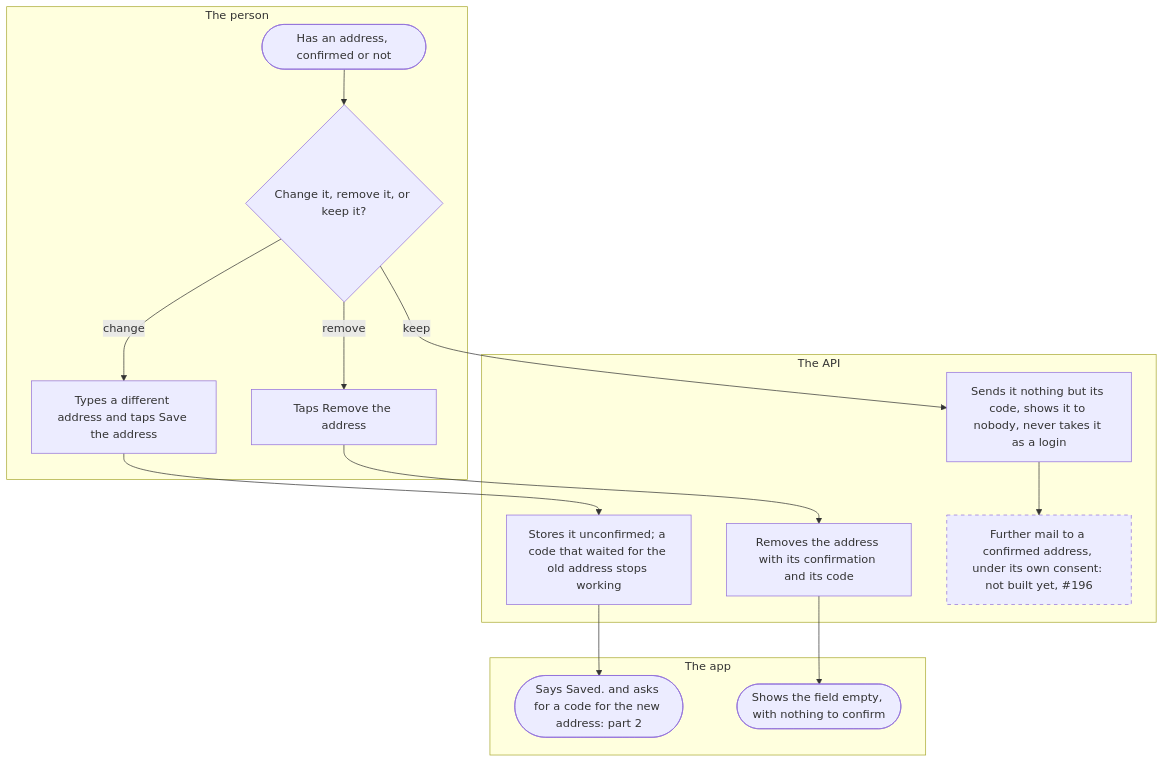
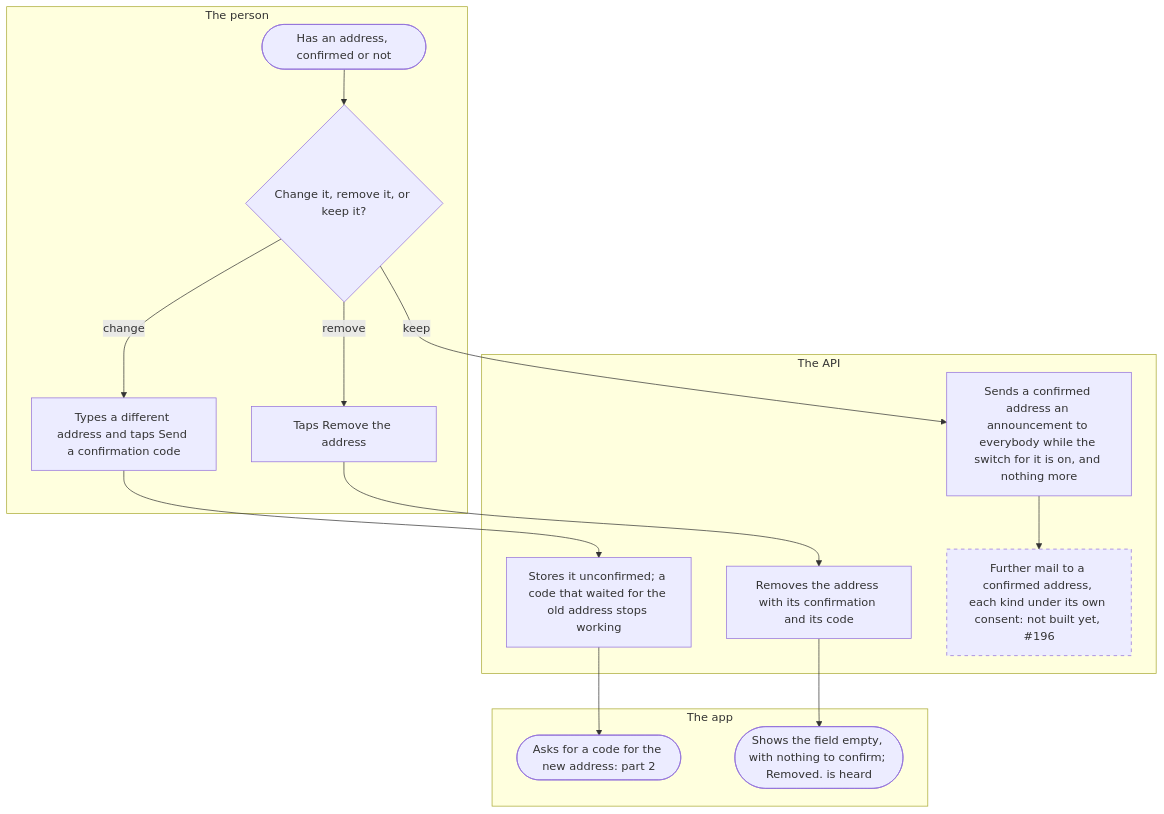
One commit to kuutti-ry/kuutti-app changed the third of 3 diagrams in docs/flows/email.md. Above: the diagram before and after it, drawn with Mermaid. The commit also changed other lines of this file and 41 other files, not shown here.

First line of the commit message:
Redraw the user flows against today's main, held by check:docs

````diff
--- a/docs/flows/email.md
+++ b/docs/flows/email.md
@@ -97,26 +121,31 @@
 ```mermaid
 flowchart TB
   accTitle: Changing or removing the address
-  accDescr: A changed address is stored unconfirmed and gets its own code. A removed one goes with its confirmation and its code. Kept, the address is sent nothing but its code. Other mail to a confirmed address is not built yet.
+  accDescr: A changed address is stored unconfirmed and gets its own code. A removed one goes with its confirmation and its code. Kept, an unconfirmed address is sent nothing but its code, and a confirmed one also an announcement to everybody while the person's switch for it is on. Other mail to a confirmed address is not built yet.
   subgraph person["The person"]
     s24(["Has an address, confirmed or not"])
     s25{"Change it, remove it, or keep it?"}
-    s26["Types a different address and taps Save the address"]
+    s26["Types a different address and taps Send a confirmation code"]
     s29["Taps Remove the address"]
   end
   subgraph app["The app"]
-    s28(["Says Saved. and asks for a code for the new address: part 2"])
-    s31(["Shows the field empty, with nothing to confirm"])
+    s28(["Asks for a code for the new address: part 2"])
+    s31(["Shows the field empty, with nothing to confirm; Removed. is heard"])
   end
   subgraph api["The API"]
     s27["Stores it unconfirmed; a code that waited for the old address stops working"]
     s30["Removes the address with its confirmation and its code"]
-    s32["Sends it nothing but its code, shows it to nobody, never takes it as a login"]
-    s33["Further mail to a confirmed address, under its own consent: not built yet, #196"]:::notbuilt
+    s32["Sends a confirmed address an announcement to everybody while the switch for it is on, and nothing more"]
+    s33["Further mail to a confirmed address, each kind under its own consent: not built yet, #196"]:::notbuilt
   end
   s24 --> s25
-  s25 -->|"change"| s26 --> s27 --> s28
-  s25 -->|"remove"| s29 --> s30 --> s31
-  s25 -->|"keep"| s32 --> s33
+  s25 -->|"change"| s26
+  s26 --> s27
+  s27 --> s28
+  s25 -->|"remove"| s29
+  s29 --> s30
+  s30 --> s31
+  s25 -->|"keep"| s32
+  s32 --> s33
   classDef notbuilt stroke-dasharray: 5 5
 ```
````
